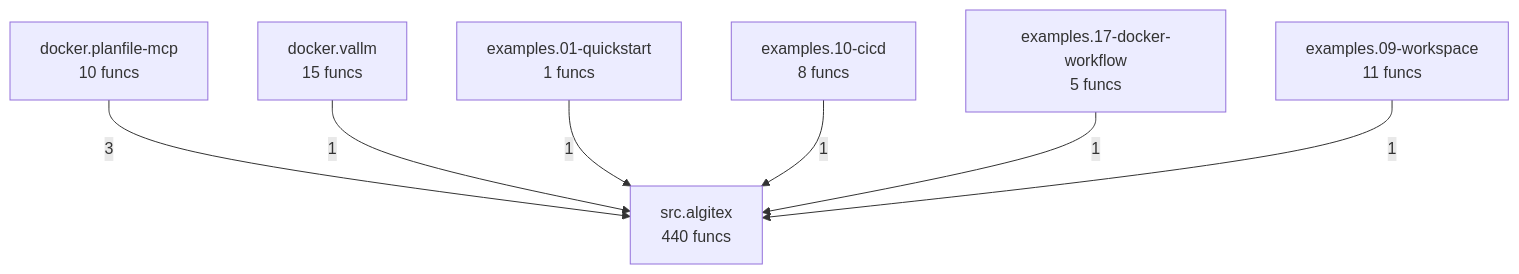
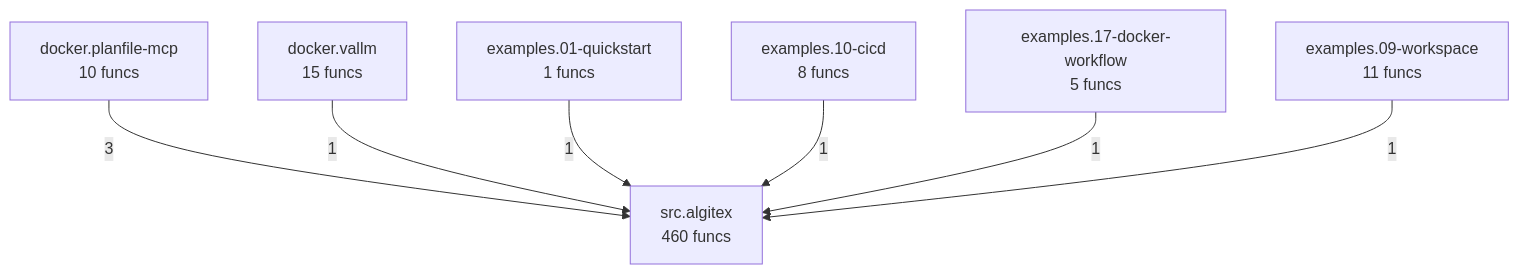
One commit to semcod/algitex changed the diagram in project/compact_flow.mmd. Above: the diagram before and after it, drawn with Mermaid. The commit also changed 23 other files, not shown here.

```diff
--- a/project/compact_flow.mmd
+++ b/project/compact_flow.mmd
@@ -1,14 +1,14 @@
 flowchart TD
     docker__planfile_mcp["docker.planfile-mcp<br/>10 funcs"]
     docker__vallm["docker.vallm<br/>15 funcs"]
     examples__01_quickstart["examples.01-quickstart<br/>1 funcs"]
     examples__09_workspace["examples.09-workspace<br/>11 funcs"]
     examples__10_cicd["examples.10-cicd<br/>8 funcs"]
     examples__17_docker_workflow["examples.17-docker-workflow<br/>5 funcs"]
-    src__algitex["src.algitex<br/>440 funcs"]
+    src__algitex["src.algitex<br/>460 funcs"]
     docker__planfile_mcp -->|3| src__algitex
     docker__vallm -->|1| src__algitex
     examples__01_quickstart -->|1| src__algitex
     examples__10_cicd -->|1| src__algitex
     examples__17_docker_workflow -->|1| src__algitex
     examples__09_workspace -->|1| src__algitex
```
